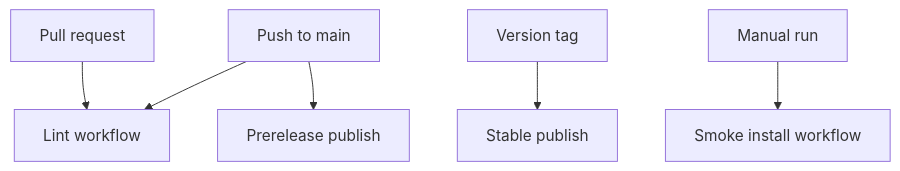
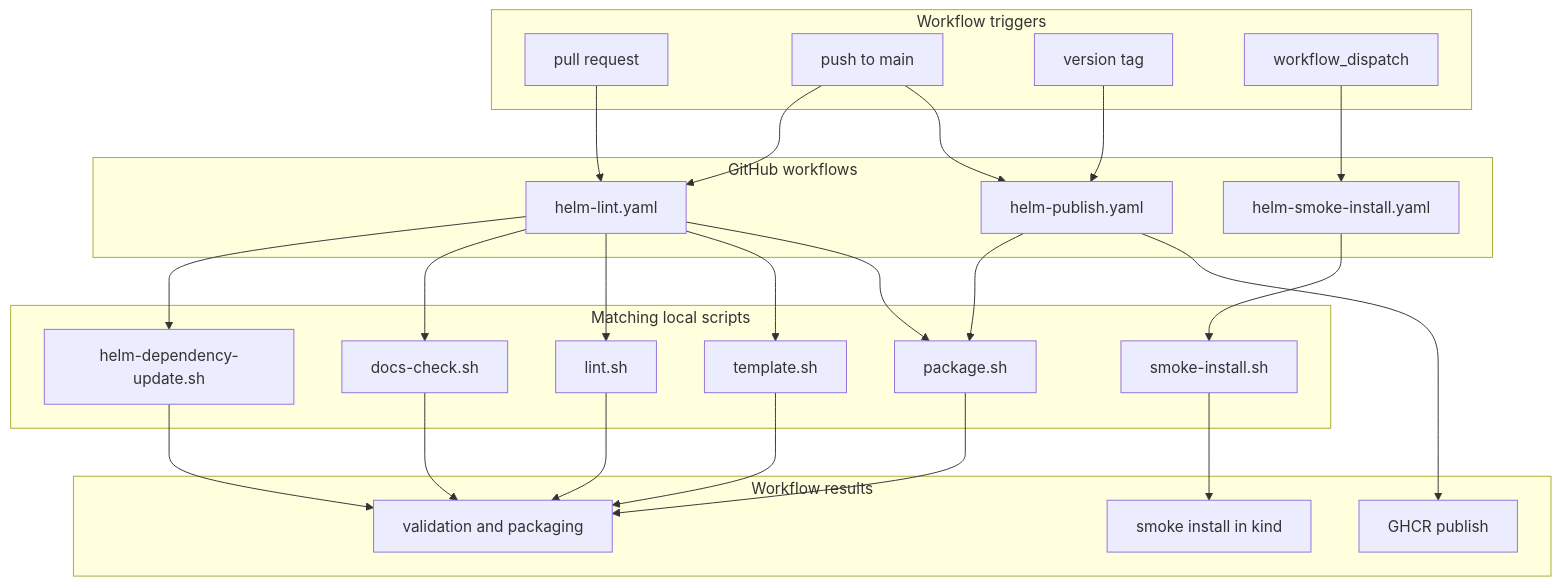
One commit to sanger-pathogens/dlh-in-a-box-umbrella-helm-chart changed the diagram in .github/workflows/README.md. Above: the diagram before and after it, drawn with Mermaid. The commit also changed other lines of this file and 34 other files, not shown here.

Commit message:
docs: expand repo guides and add umbrella chart manual

````diff
--- a/.github/workflows/README.md
+++ b/.github/workflows/README.md
@@ -17,8 +24,50 @@
 ```mermaid
 flowchart TD
-  PR[Pull request] --> Lint[Lint workflow]
-  Main[Push to main] --> Lint
-  Main --> Pre[Prerelease publish]
-  Tag[Version tag] --> Stable[Stable publish]
-  Manual[Manual run] --> Smoke[Smoke install workflow]
+  subgraph Triggers["Workflow triggers"]
+    PR[pull request]
+    Main[push to main]
+    Tag[version tag]
+    Manual[workflow_dispatch]
+  end
+
+  subgraph Workflows["GitHub workflows"]
+    Lint[helm-lint.yaml]
+    Smoke[helm-smoke-install.yaml]
+    Publish[helm-publish.yaml]
+  end
+
+  subgraph LocalParity["Matching local scripts"]
+    Deps[helm-dependency-update.sh]
+    Docs[docs-check.sh]
+    LintLocal[lint.sh]
+    Template[template.sh]
+    Package[package.sh]
+    SmokeLocal[smoke-install.sh]
+  end
+
+  subgraph Outcome["Workflow results"]
+    Validation[validation and packaging]
+    KindSmoke[smoke install in kind]
+    GHCR[GHCR publish]
+  end
+
+  PR --> Lint
+  Main --> Lint
+  Main --> Publish
+  Tag --> Publish
+  Manual --> Smoke
+  Lint --> Deps
+  Lint --> Docs
+  Lint --> LintLocal
+  Lint --> Template
+  Lint --> Package
+  Smoke --> SmokeLocal
+  Publish --> Package
+  Deps --> Validation
+  Docs --> Validation
+  LintLocal --> Validation
+  Template --> Validation
+  Package --> Validation
+  SmokeLocal --> KindSmoke
+  Publish --> GHCR
 ```
````
